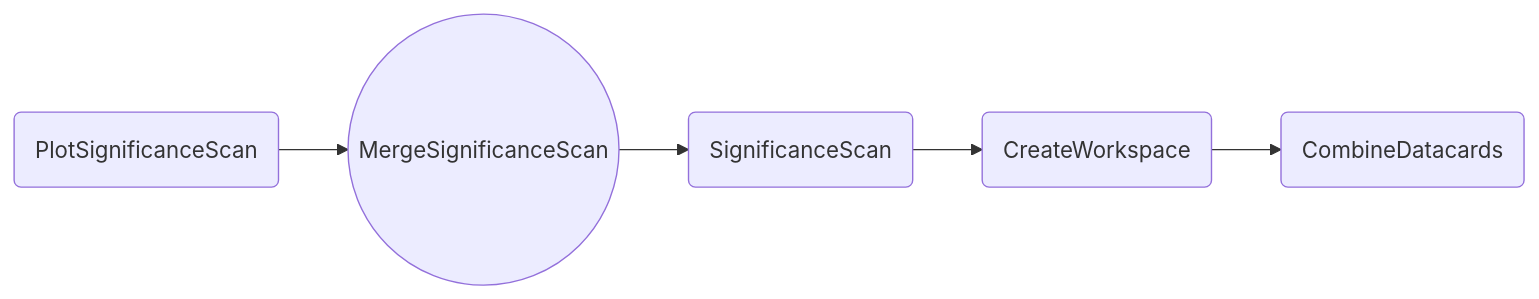
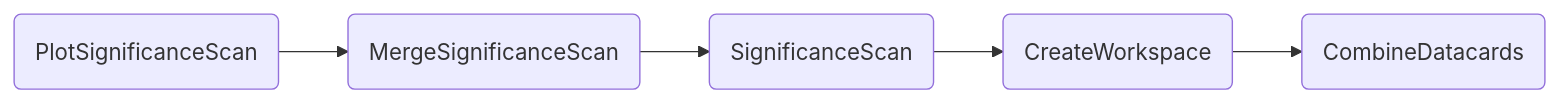
Before and after one commit to cms-hh/inference_tools: the first of 2 diagrams in docs/content/tasks/significances.md, drawn with Mermaid.

````diff
--- a/docs/content/tasks/significances.md
+++ b/docs/content/tasks/significances.md
@@ -26,7 +26,7 @@
 ```mermaid
 graph LR;
-    A(PlotSignificanceScan) --> B((MergeSignificanceScan));
+    A(PlotSignificanceScan) --> B(MergeSignificanceScan);
     B --> C(SignificanceScan);
     C --> D(CreateWorkspace);
     D --> E(CombineDatacards);
 ```
````
